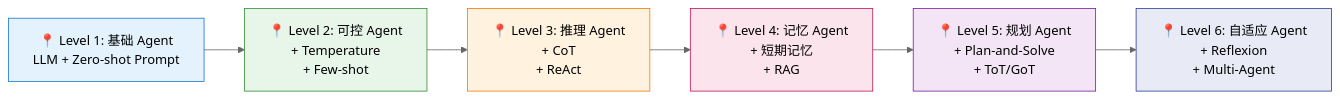
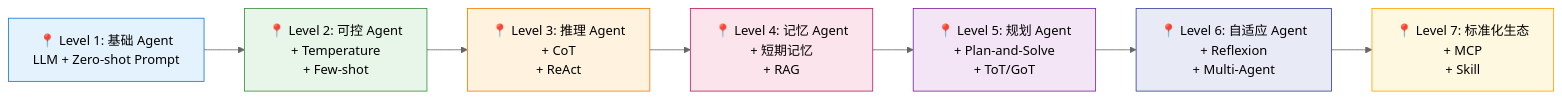
The second of 4 diagrams in _posts/2026-07-04-from-prompt-to-agent.md (hugh-ho/hugh-ho.github.io), drawn with Mermaid (neutral theme) before and after one commit. The commit also changed other lines of this file and 1 other file, not shown here.

First line of the commit message:
添加 MCP 和 Skill 内容，支持 Mermaid 图表

````diff
--- a/_posts/2026-07-04-from-prompt-to-agent.md
+++ b/_posts/2026-07-04-from-prompt-to-agent.md
@@ -616,18 +616,20 @@
 ```mermaid
 graph LR
     L1["📍 Level 1: 基础 Agent\nLLM + Zero-shot Prompt"] 
     L2["📍 Level 2: 可控 Agent\n+ Temperature\n+ Few-shot"]
     L3["📍 Level 3: 推理 Agent\n+ CoT\n+ ReAct"]
     L4["📍 Level 4: 记忆 Agent\n+ 短期记忆\n+ RAG"]
     L5["📍 Level 5: 规划 Agent\n+ Plan-and-Solve\n+ ToT/GoT"]
     L6["📍 Level 6: 自适应 Agent\n+ Reflexion\n+ Multi-Agent"]
+    L7["📍 Level 7: 标准化生态\n+ MCP\n+ Skill"]
 
-    L1 --> L2 --> L3 --> L4 --> L5 --> L6
+    L1 --> L2 --> L3 --> L4 --> L5 --> L6 --> L7
 
     style L1 fill:#e3f2fd,stroke:#1976d2
     style L2 fill:#e8f5e9,stroke:#388e3c
     style L3 fill:#fff3e0,stroke:#f57c00
     style L4 fill:#fce4ec,stroke:#c2185b
     style L5 fill:#f3e5f5,stroke:#7b1fa2
     style L6 fill:#e8eaf6,stroke:#303f9f
+    style L7 fill:#fff8e1,stroke:#ffa000
 ```
````
